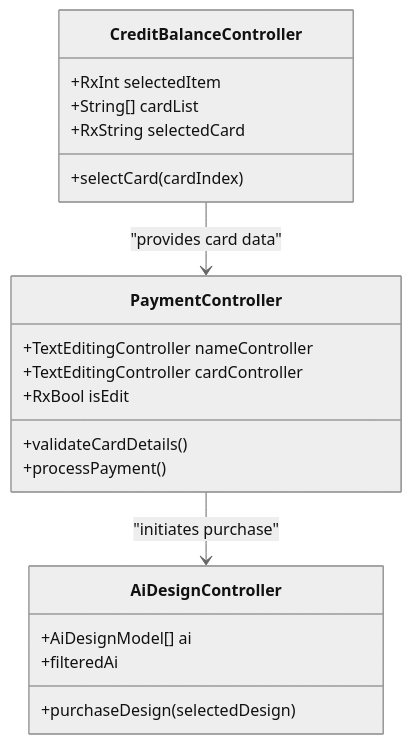
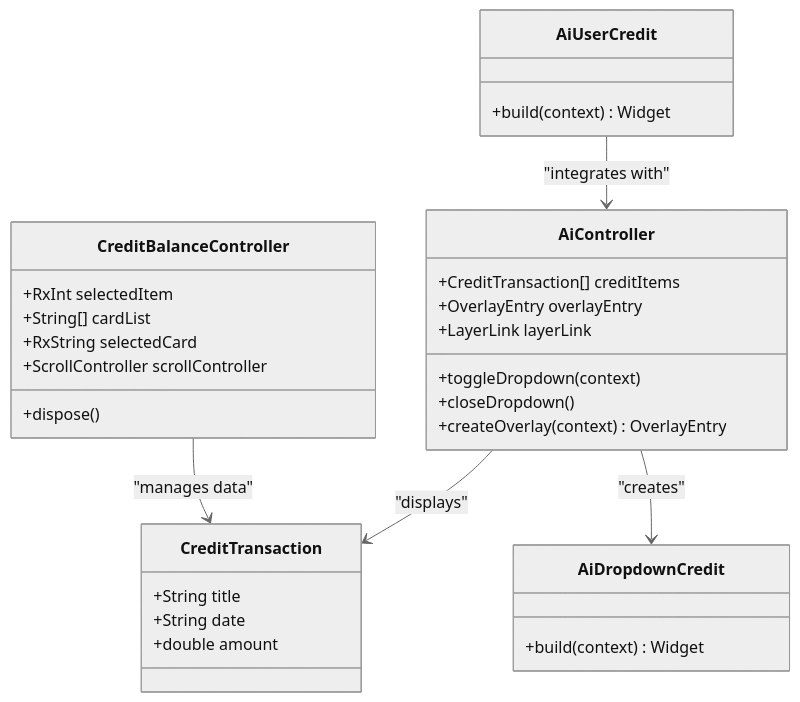
One commit to Ariful3111/FurniGo changed the fifth of 9 diagrams in .qoder/repowiki/en/content/Core Features/AI Design Services/Purchase and Download Workflow.md. Above: the diagram before and after it, drawn with Mermaid (neutral theme). The commit also changed other lines of this file and 67 other files, not shown here.

````diff
--- a/.qoder/repowiki/en/content/Core Features/AI Design Services/Purchase and Download Workflow.md
+++ b/.qoder/repowiki/en/content/Core Features/AI Design Services/Purchase and Download Workflow.md
@@ -198,23 +299,33 @@
 ```mermaid
 classDiagram
 class CreditBalanceController {
 +RxInt selectedItem
 +String[] cardList
 +RxString selectedCard
-+selectCard(cardIndex)
++ScrollController scrollController
++dispose()
 }
-class PaymentController {
-+TextEditingController nameController
-+TextEditingController cardController
-+RxBool isEdit
-+validateCardDetails()
-+processPayment()
+class CreditTransaction {
++String title
++String date
++double amount
 }
-class AiDesignController {
-+AiDesignModel[] ai
-+filteredAi
-+purchaseDesign(selectedDesign)
+class AiController {
++CreditTransaction[] creditItems
++OverlayEntry overlayEntry
++LayerLink layerLink
++toggleDropdown(context)
++closeDropdown()
++createOverlay(context) OverlayEntry
 }
-CreditBalanceController --> PaymentController : "provides card data"
-PaymentController --> AiDesignController : "initiates purchase"
+class AiDropdownCredit {
++build(context) Widget
+}
+class AiUserCredit {
++build(context) Widget
+}
+CreditBalanceController --> CreditTransaction : "manages data"
+AiController --> CreditTransaction : "displays"
+AiController --> AiDropdownCredit : "creates"
+AiUserCredit --> AiController : "integrates with"
 ```
````
